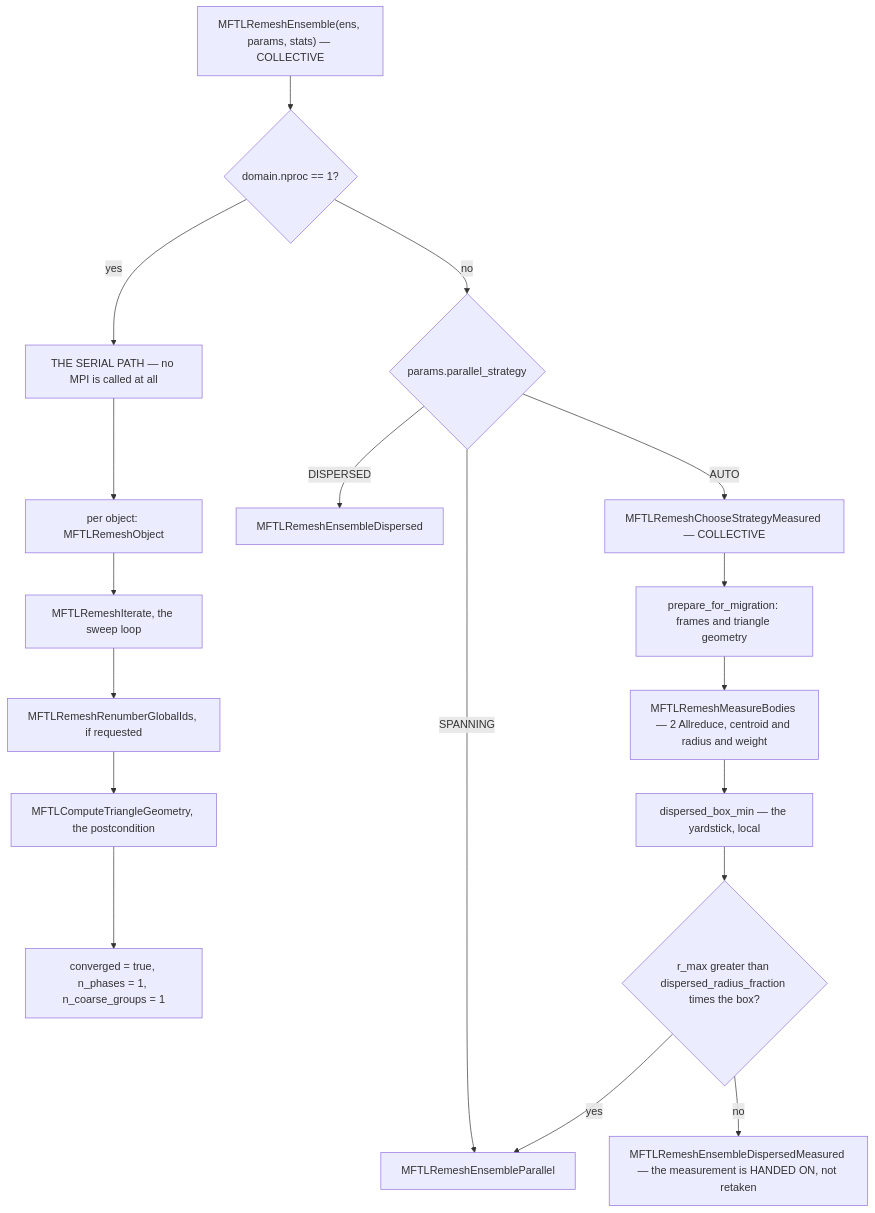
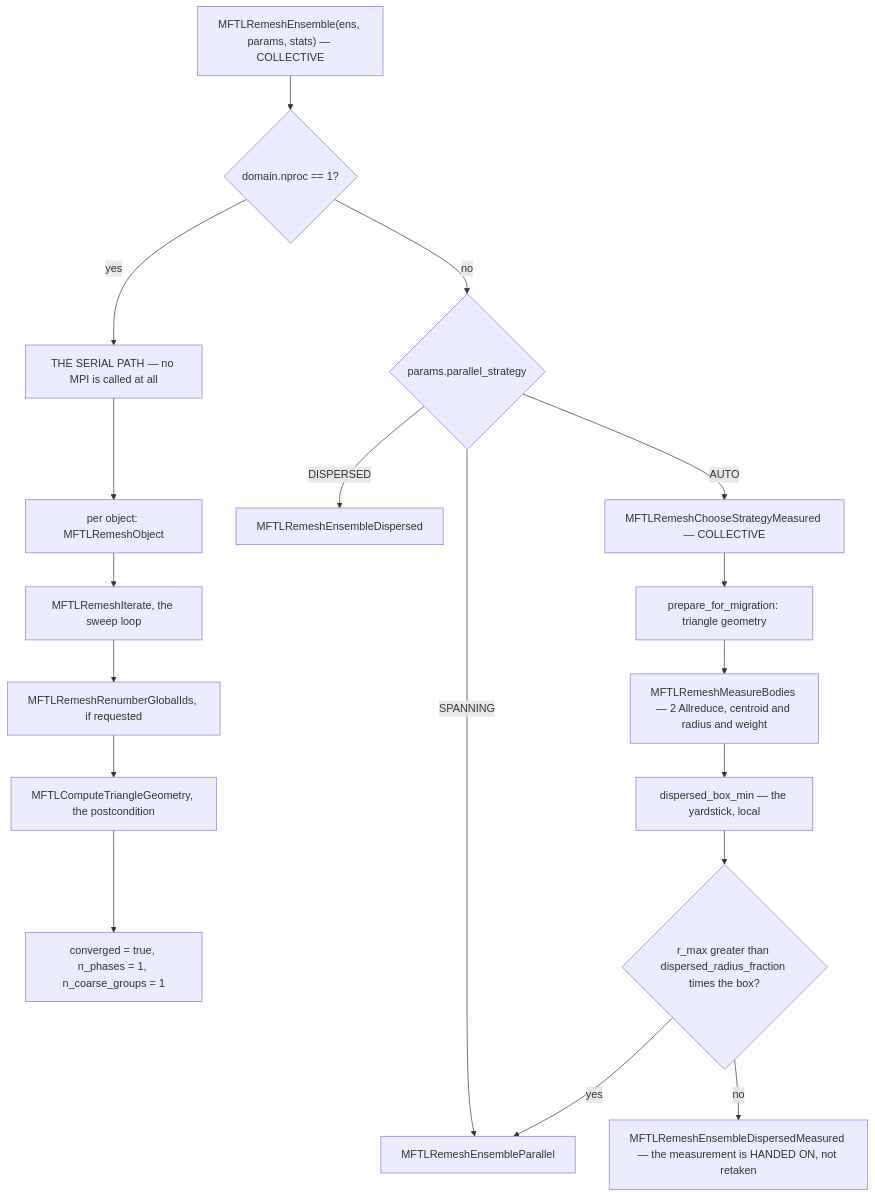
Before and after one commit to Chris-Gorges/MFTL2: the second of 5 diagrams in src/remeshing/README.md, drawn with Mermaid. The commit also changed other lines of this file and 58 other files, not shown here.

````diff
--- a/src/remeshing/README.md
+++ b/src/remeshing/README.md
@@ -549,22 +548,22 @@
 ```mermaid
 flowchart TD
   A["MFTLRemeshEnsemble(ens, params, stats) — COLLECTIVE"] --> B{"domain.nproc == 1?"}
   B -->|yes| S["THE SERIAL PATH — no MPI is called at all"]
   S --> S1["per object: MFTLRemeshObject"]
   S1 --> S2["MFTLRemeshIterate, the sweep loop"]
   S2 --> S3["MFTLRemeshRenumberGlobalIds, if requested"]
   S3 --> S4["MFTLComputeTriangleGeometry, the postcondition"]
   S4 --> S5["converged = true, n_phases = 1, n_coarse_groups = 1"]
 
   B -->|no| P{"params.parallel_strategy"}
   P -->|SPANNING| SP["MFTLRemeshEnsembleParallel"]
   P -->|DISPERSED| DI["MFTLRemeshEnsembleDispersed"]
   P -->|AUTO| M["MFTLRemeshChooseStrategyMeasured — COLLECTIVE"]
 
-  M --> M1["prepare_for_migration: frames and triangle geometry"]
+  M --> M1["prepare_for_migration: triangle geometry"]
   M1 --> M2["MFTLRemeshMeasureBodies — 2 Allreduce, centroid and radius and weight"]
   M2 --> M3["dispersed_box_min — the yardstick, local"]
   M3 --> R{"r_max greater than dispersed_radius_fraction times the box?"}
   R -->|yes| SP
   R -->|no| DM["MFTLRemeshEnsembleDispersedMeasured — the measurement is HANDED ON, not retaken"]
 ```
````
